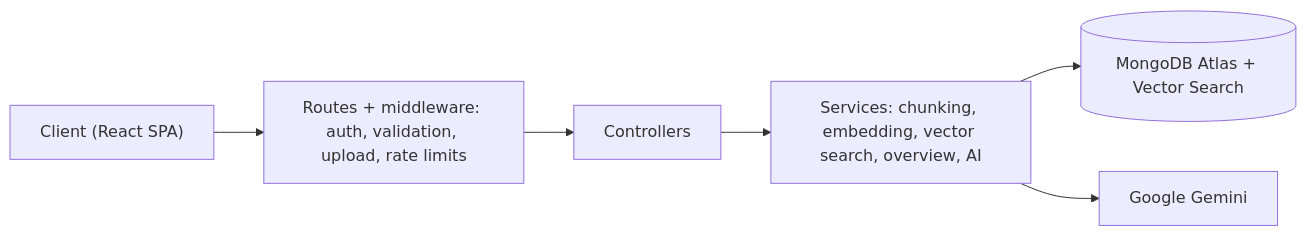
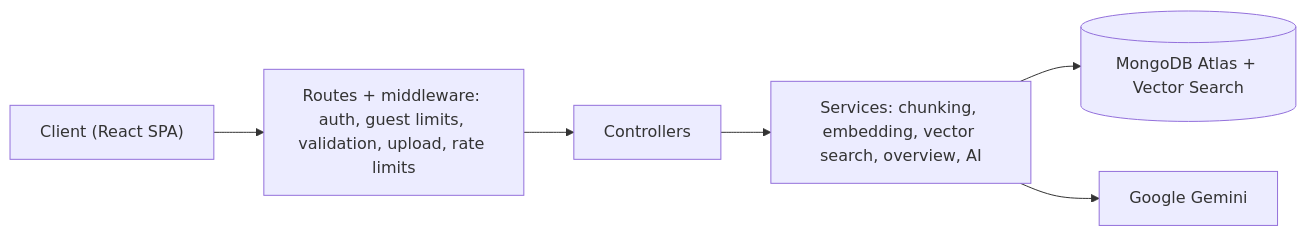
One commit to ashutoshraw/docmind-backend changed the diagram in backend/README.md. Above: the diagram before and after it, drawn with Mermaid. The commit also changed other lines of this file, not shown here.

Commit message:
Update README: guest mode, upload progress and tests

````diff
--- a/backend/README.md
+++ b/backend/README.md
@@ -41,8 +52,8 @@
 ```mermaid
 flowchart LR
-    C["Client (React SPA)"] --> R["Routes + middleware: auth, validation, upload, rate limits"]
+    C["Client (React SPA)"] --> R["Routes + middleware: auth, guest limits, validation, upload, rate limits"]
     R --> K["Controllers"]
     K --> S["Services: chunking, embedding, vector search, overview, AI"]
     S --> M[("MongoDB Atlas + Vector Search")]
     S --> G["Google Gemini"]
 ```
````
